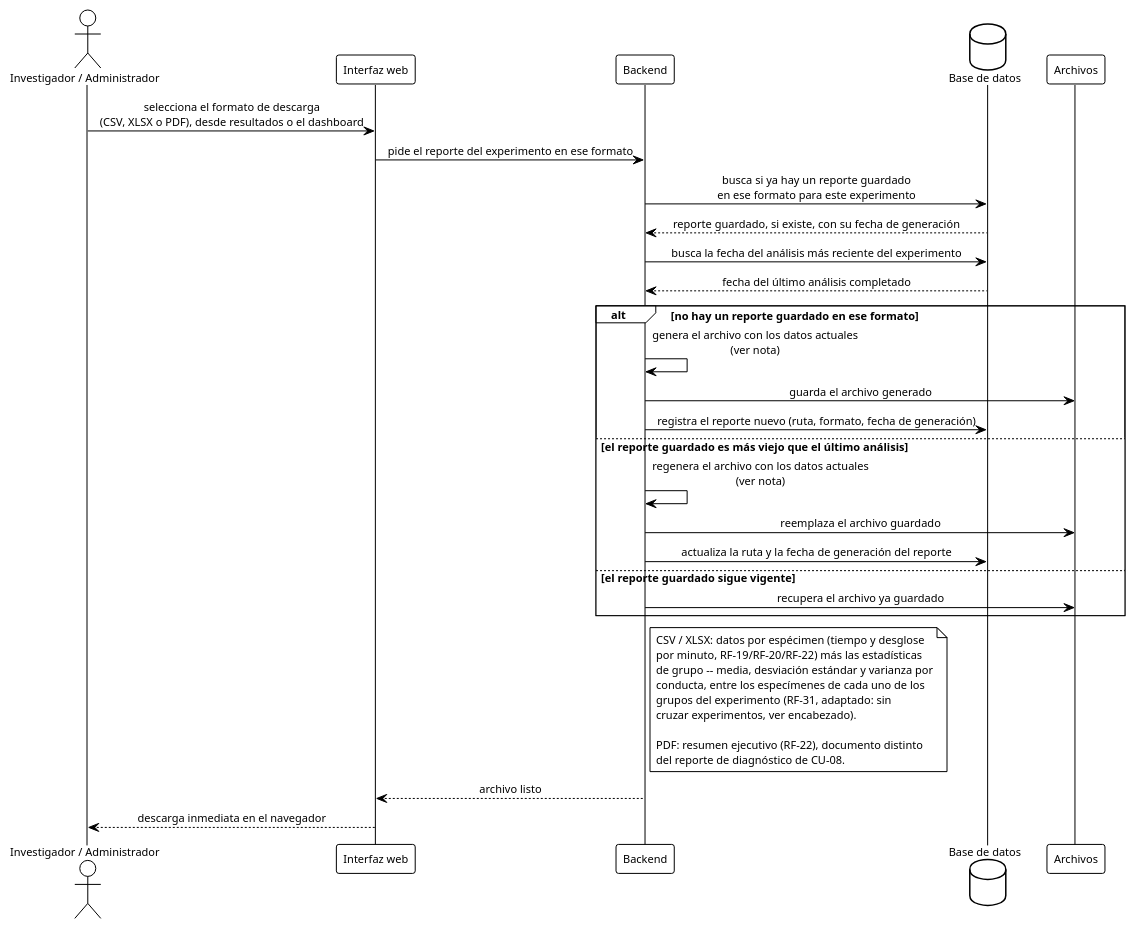
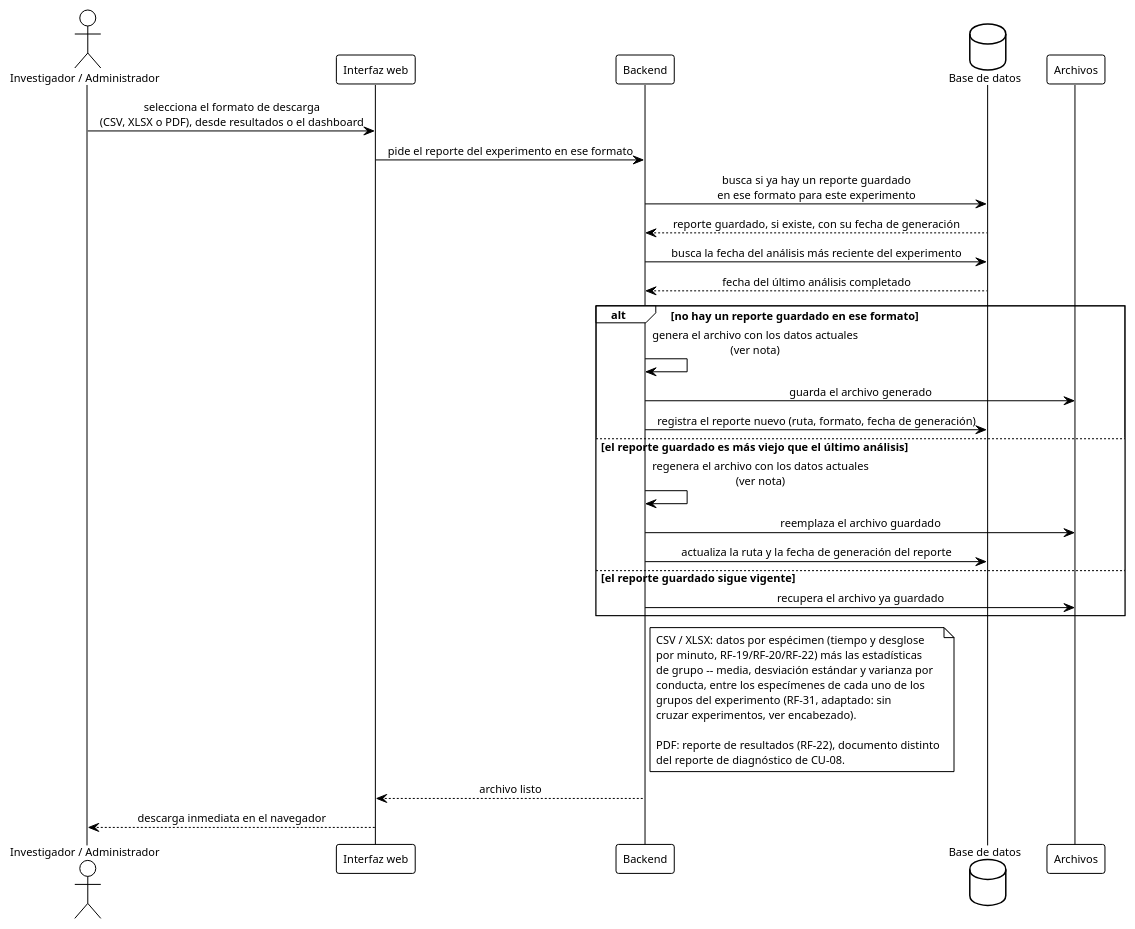
The diagram in diagramas/seq_descarga_reportes.puml (ErickJester/fst-ai-system-latex), drawn with PlantUML before and after one commit. The commit also changed 2 other files, not shown here.

```diff
--- a/diagramas/seq_descarga_reportes.puml
+++ b/diagramas/seq_descarga_reportes.puml
@@ -1,91 +1,91 @@
 @startuml seq_descarga_reportes
 ' ================================================================
 '  Secuencia - Descarga de reportes (CSV, XLSX o PDF)
 '  Base de datos FST | TT 2026-B066 | ESCOM-IPN
 '  Frausto Robles Angel Ali . Rodriguez Verdin Sandoval Vanesa
 ' ----------------------------------------------------------------
 '  Reemplaza a figures/mermaid/seq_reportes.png. Cubre CU-10
 '  "Descargar reporte" (chapters/05_diseno.tex:1602-1644, RF-22,
 '  RF-31), que no tiene cursos alternos documentados en el .tex --
 '  el unico curso alterno que agrega este diagrama (cache vencido
 '  por reanalisis) viene de D-21, no de CU-10.
 '
 '  Que cubre y con que fuente:
 '  - Contenido de CSV/XLSX: datos individuales por especimen (RF-19,
 '    RF-20, RF-22: tiempo y desglose por minuto, columnas Tiempo,
 '    Nado, Escalamiento, Inmovilidad) MAS estadisticas de grupo
 '    -- media, desviacion estandar y varianza por conducta -- que
 '    RF-31 exige incluir "junto con los datos individuales" en el
 '    mismo archivo descargable.
-'  - Contenido de PDF: "resumen ejecutivo" (RF-22, ultima oracion) --
+'  - Contenido de PDF: "reporte de resultados" (RF-22, D-76) --
 '    un documento distinto del reporte de diagnostico de CU-08 (ese
 '    es solo para analisis en estado "error").
 '  - Alcance de las estadisticas de grupo: RF-31 las describe "a
 '    partir de los experimentos que comparten el mismo tratamiento"
 '    (cruzando VARIOS experimentos), pero el sistema no modela ese
 '    nivel -- no hay "Proyecto" (Q-D, preguntas-doctor.md SS2) ni
 '    relacion entre experimentos, y REPORTE solo tiene FK a UN
 '    EXPERIMENTO. Aqui se calculan las estadisticas de los tres
 '    grupos DENTRO del experimento actual (control/referencia/
 '    tratamiento), igual que seq_consulta_resultados.puml -- esa
 '    parte de RF-31 esta obsoleta, ya se sabia por Q-D.
 '  - Cache y regeneracion (D-21, 13-sep): REPORTE.ruta es clave
 '    alterna y CU-10 dice "el sistema genera O RECUPERA el archivo",
 '    o sea que ya se preveia cachear. D-21 agrega la regla de
 '    invalidacion que faltaba: si hay un analisis mas reciente que
 '    el reporte guardado (reanalisis, D-03), se regenera; si no, se
 '    reusa el archivo existente.
 '
 '  Generar:
 '      java -jar plantuml.jar -tpng diagramas/seq_descarga_reportes.puml
 ' ================================================================
 
 !theme plain
 skinparam defaultFontName Arial
 skinparam defaultFontSize 11
 skinparam shadowing false
 skinparam sequenceMessageAlign center
 skinparam BoxPadding 10
 
 actor "Investigador / Administrador" as inv
 participant "Interfaz web" as ui
 participant Backend as api
 database "Base de datos" as db
 participant "Archivos" as fs
 
 inv -> ui: selecciona el formato de descarga\n(CSV, XLSX o PDF), desde resultados o el dashboard
 ui -> api: pide el reporte del experimento en ese formato
 
 api -> db: busca si ya hay un reporte guardado\nen ese formato para este experimento
 db --> api: reporte guardado, si existe, con su fecha de generación
 api -> db: busca la fecha del análisis más reciente del experimento
 db --> api: fecha del último análisis completado
 
 alt no hay un reporte guardado en ese formato
   api -> api: genera el archivo con los datos actuales\n(ver nota)
   api -> fs: guarda el archivo generado
   api -> db: registra el reporte nuevo (ruta, formato, fecha de generación)
 else el reporte guardado es más viejo que el último análisis
   api -> api: regenera el archivo con los datos actuales\n(ver nota)
   api -> fs: reemplaza el archivo guardado
   api -> db: actualiza la ruta y la fecha de generación del reporte
 else el reporte guardado sigue vigente
   api -> fs: recupera el archivo ya guardado
 end
 
 note right of api
   CSV / XLSX: datos por espécimen (tiempo y desglose
   por minuto, RF-19/RF-20/RF-22) más las estadísticas
   de grupo -- media, desviación estándar y varianza por
   conducta, entre los especímenes de cada uno de los
   grupos del experimento (RF-31, adaptado: sin
   cruzar experimentos, ver encabezado).
 
-  PDF: resumen ejecutivo (RF-22), documento distinto
+  PDF: reporte de resultados (RF-22), documento distinto
   del reporte de diagnóstico de CU-08.
 end note
 
 api --> ui: archivo listo
 ui --> inv: descarga inmediata en el navegador
 
 @enduml
```
